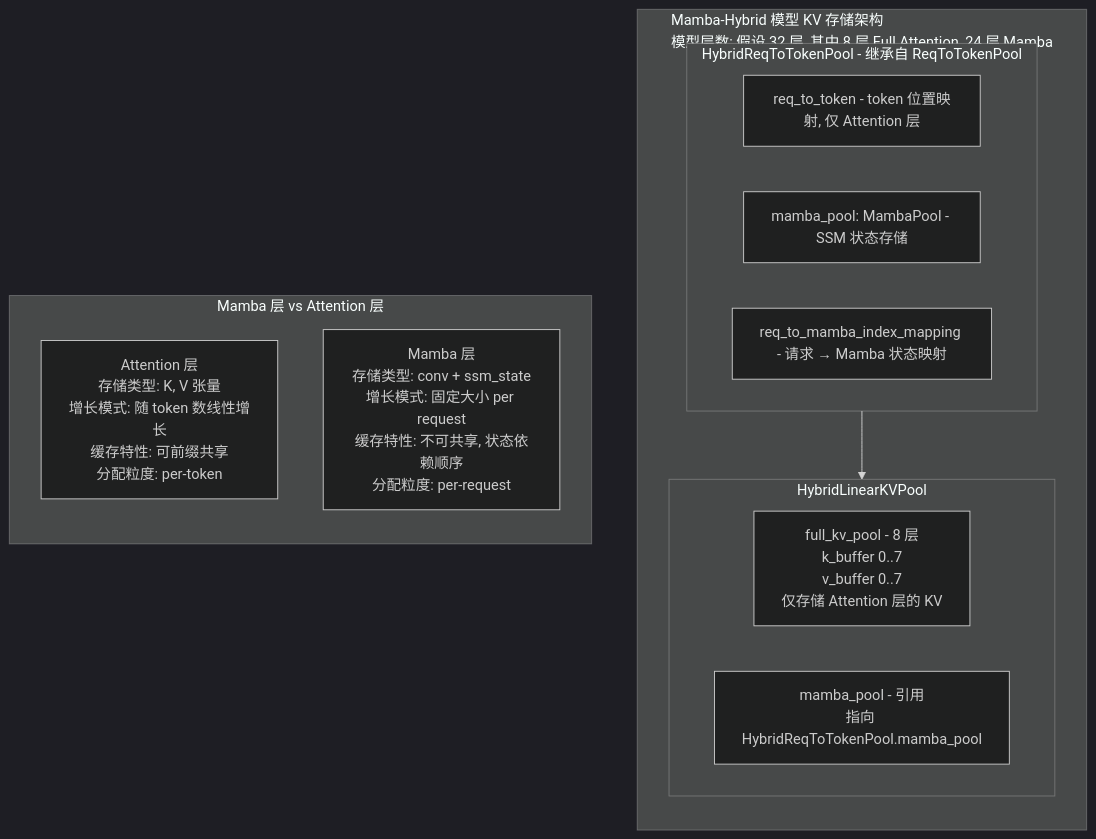
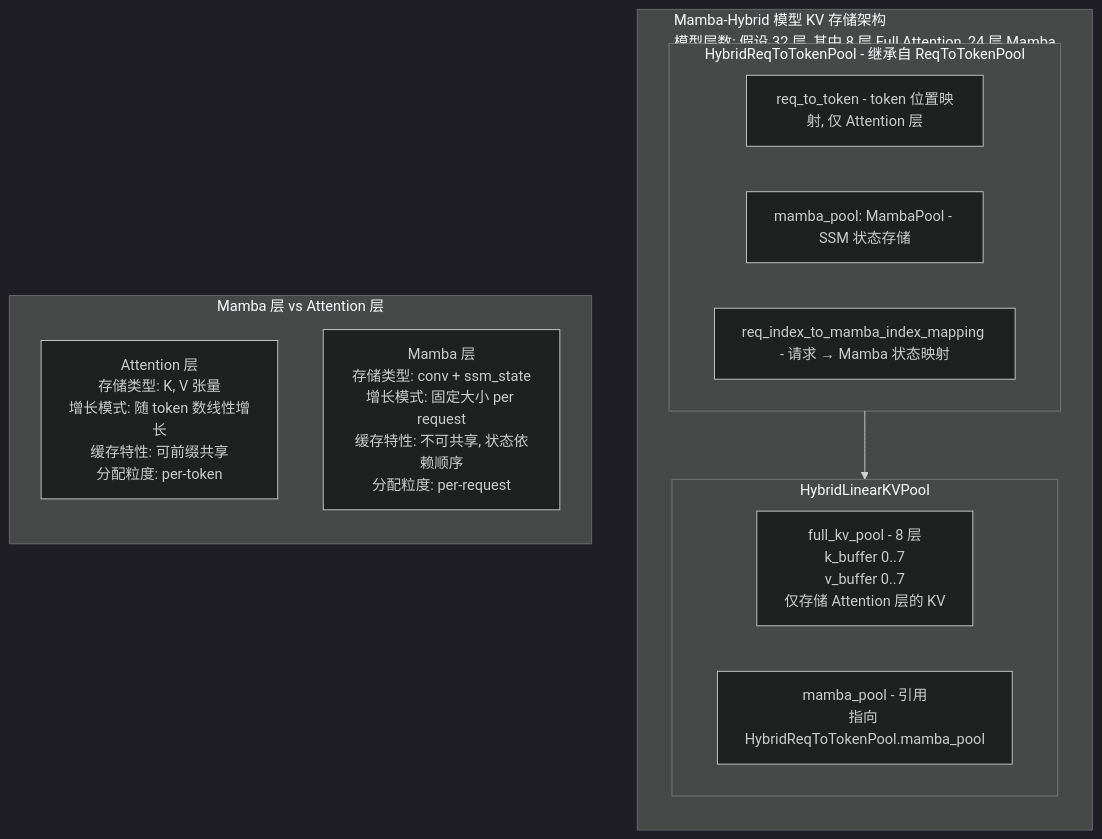
Before and after one commit to wesleyck/AIInfraNotes: diagram 11 of 16 in SGLang/06-memory-pool.md, drawn with Mermaid (dark theme). The commit also changed other lines of this file and 26 other files, not shown here.

````diff
--- a/SGLang/06-memory-pool.md
+++ b/SGLang/06-memory-pool.md
@@ -404,25 +417,25 @@
 ```mermaid
 flowchart TB
     subgraph MambaHybrid["Mamba-Hybrid 模型 KV 存储架构<br/>模型层数: 假设 32 层, 其中 8 层 Full Attention, 24 层 Mamba"]
         direction TB
         
         subgraph HRTP["HybridReqToTokenPool - 继承自 ReqToTokenPool"]
             R2T["req_to_token - token 位置映射, 仅 Attention 层"]
             MP["mamba_pool: MambaPool - SSM 状态存储"]
-            R2M["req_to_mamba_index_mapping - 请求 → Mamba 状态映射"]
+            R2M["req_index_to_mamba_index_mapping - 请求 → Mamba 状态映射"]
         end
 
         subgraph HLKV["HybridLinearKVPool"]
             FKV["full_kv_pool - 8 层<br/>k_buffer 0..7<br/>v_buffer 0..7<br/>仅存储 Attention 层的 KV"]
             MREF["mamba_pool - 引用<br/>指向 HybridReqToTokenPool.mamba_pool"]
         end
 
         HRTP --> HLKV
     end
 
     subgraph Comparison["Mamba 层 vs Attention 层"]
         direction TB
         ATT["Attention 层<br/>存储类型: K, V 张量<br/>增长模式: 随 token 数线性增长<br/>缓存特性: 可前缀共享<br/>分配粒度: per-token"]
         MAM["Mamba 层<br/>存储类型: conv + ssm_state<br/>增长模式: 固定大小 per request<br/>缓存特性: 不可共享, 状态依赖顺序<br/>分配粒度: per-request"]
     end
 ```
````
